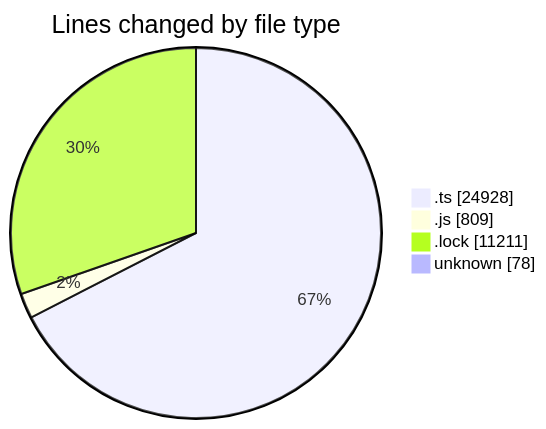
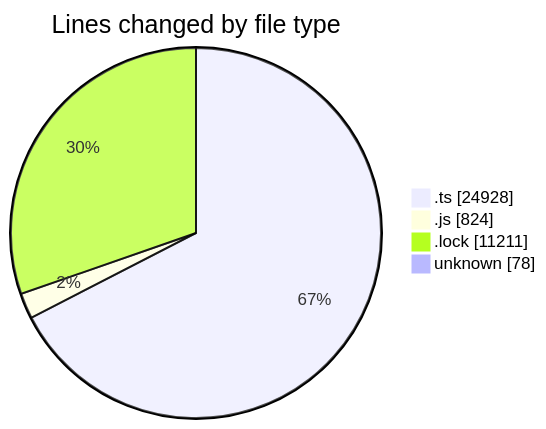
One commit to momahboobian/code-tracking changed the first of 2 diagrams in 2025-05-20/cda/README.md. Above: the diagram before and after it, drawn with Mermaid. The commit also changed other lines of this file and 1 other file, not shown here.

````diff
--- a/2025-05-20/cda/README.md
+++ b/2025-05-20/cda/README.md
@@ -36,8 +36,8 @@
 ```mermaid
 pie showData
 title Lines changed by file type
 ".ts" : 24928
-".js" : 809
+".js" : 824
 ".lock" : 11211
 "unknown" : 78
 ```
````
